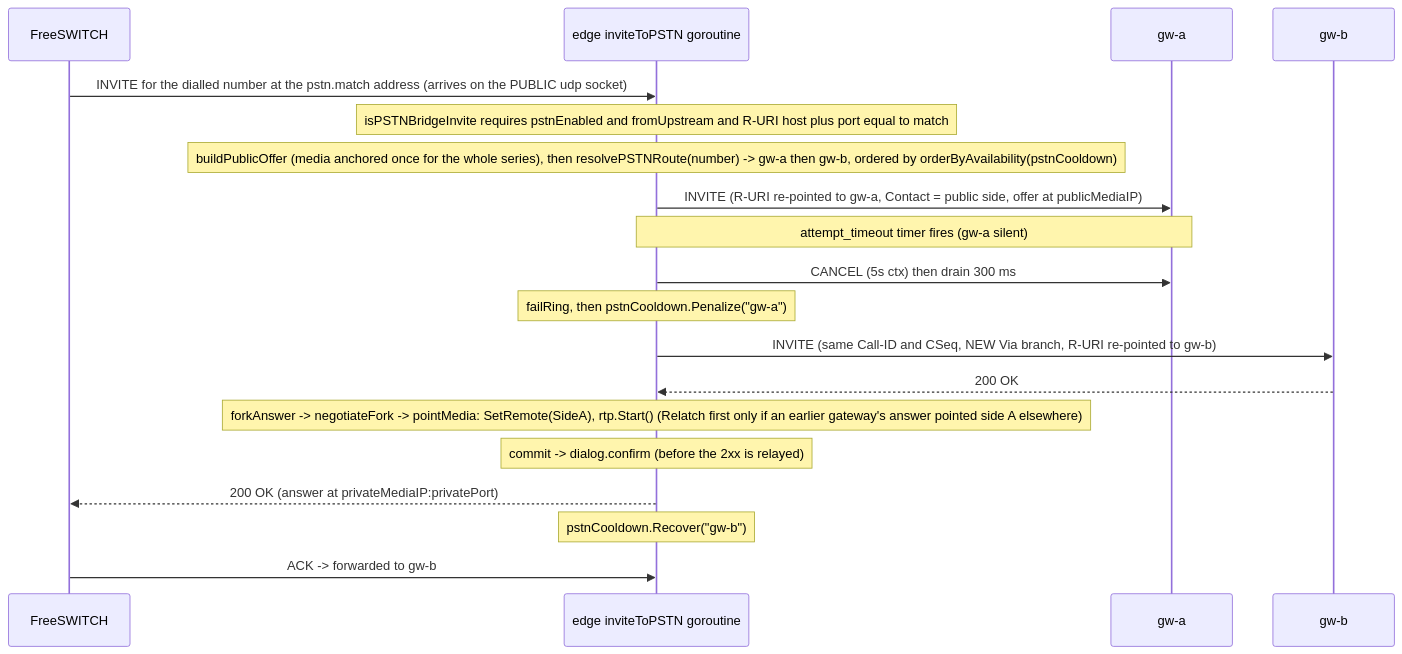
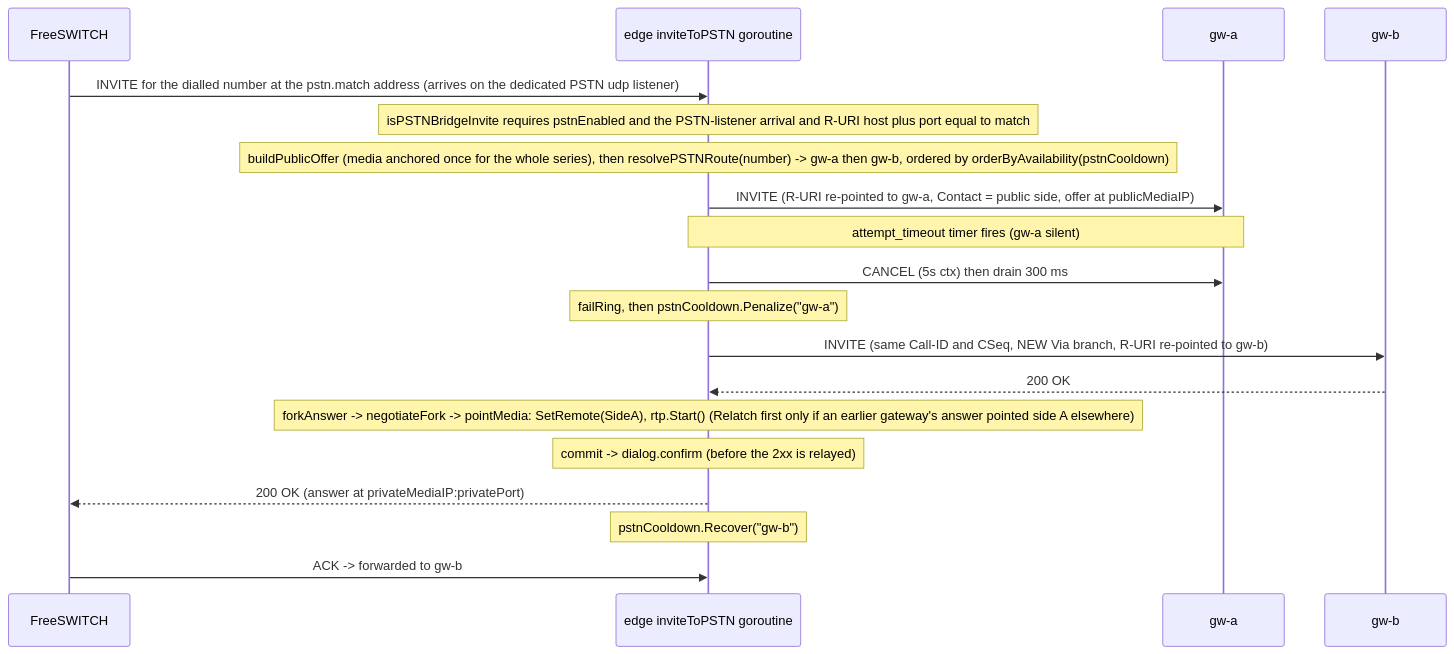
Before and after one commit to aicc2025/freesbc: diagram 16 of 19 in docs/design.md, drawn with Mermaid. The commit also changed other lines of this file and 26 other files, not shown here.

````diff
--- a/docs/design.md
+++ b/docs/design.md
@@ -3001,22 +3068,22 @@
 ```mermaid
 sequenceDiagram
     participant FS as FreeSWITCH
     participant H as edge inviteToPSTN goroutine
     participant A as gw-a
     participant B as gw-b
 
-    FS->>H: INVITE for the dialled number at the pstn.match address (arrives on the PUBLIC udp socket)
-    Note over H: isPSTNBridgeInvite requires pstnEnabled and fromUpstream and R-URI host plus port equal to match
+    FS->>H: INVITE for the dialled number at the pstn.match address (arrives on the dedicated PSTN udp listener)
+    Note over H: isPSTNBridgeInvite requires pstnEnabled and the PSTN-listener arrival and R-URI host plus port equal to match
     Note over H: buildPublicOffer (media anchored once for the whole series), then resolvePSTNRoute(number) -> gw-a then gw-b, ordered by orderByAvailability(pstnCooldown)
     H->>A: INVITE (R-URI re-pointed to gw-a, Contact = public side, offer at publicMediaIP)
     Note over H,A: attempt_timeout timer fires (gw-a silent)
     H->>A: CANCEL (5s ctx) then drain 300 ms
     Note over H: failRing, then pstnCooldown.Penalize("gw-a")
     H->>B: INVITE (same Call-ID and CSeq, NEW Via branch, R-URI re-pointed to gw-b)
     B-->>H: 200 OK
     Note over H: forkAnswer -> negotiateFork -> pointMedia: SetRemote(SideA), rtp.Start() (Relatch first only if an earlier gateway's answer pointed side A elsewhere)
     Note over H: commit -> dialog.confirm (before the 2xx is relayed)
     H-->>FS: 200 OK (answer at privateMediaIP:privatePort)
     Note over H: pstnCooldown.Recover("gw-b")
     FS->>H: ACK -> forwarded to gw-b
 ```
````
